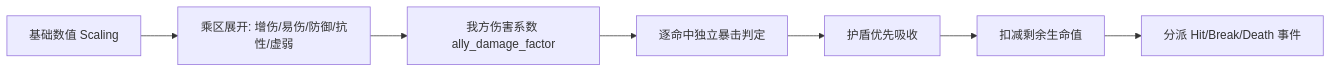
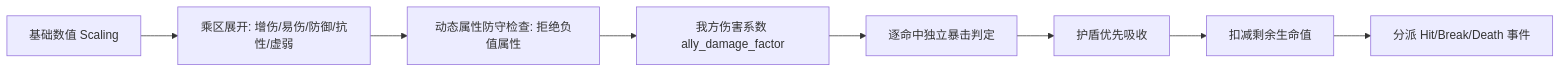
Before and after one commit to Sakura-Ex/Hyacimicon: the third of 3 diagrams in docs/modules/battle-simulation/design.md, drawn with Mermaid. The commit also changed other lines of this file and 4 other files, not shown here.

````diff
--- a/docs/modules/battle-simulation/design.md
+++ b/docs/modules/battle-simulation/design.md
@@ -112,9 +130,10 @@
 ```mermaid
 flowchart LR
     Base[基础数值 Scaling] --> Multipliers[乘区展开: 增伤/易伤/防御/抗性/虚弱]
-    Multipliers --> AllyFactor[我方伤害系数 ally_damage_factor]
+    Multipliers --> SafetyCheck[动态属性防守检查: 拒绝负值属性]
+    SafetyCheck --> AllyFactor[我方伤害系数 ally_damage_factor]
     AllyFactor --> CritRNG[逐命中独立暴击判定]
     CritRNG --> Shield[护盾优先吸收]
     Shield --> HP[扣减剩余生命值]
     HP --> Events[分派 Hit/Break/Death 事件]
 ```
````
